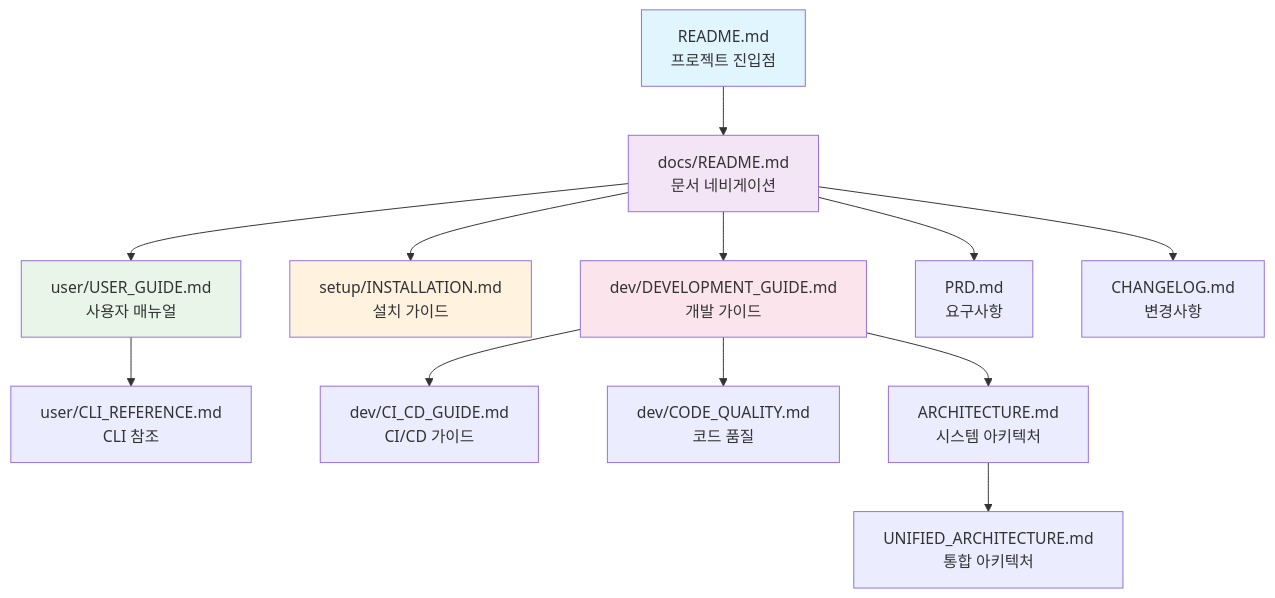
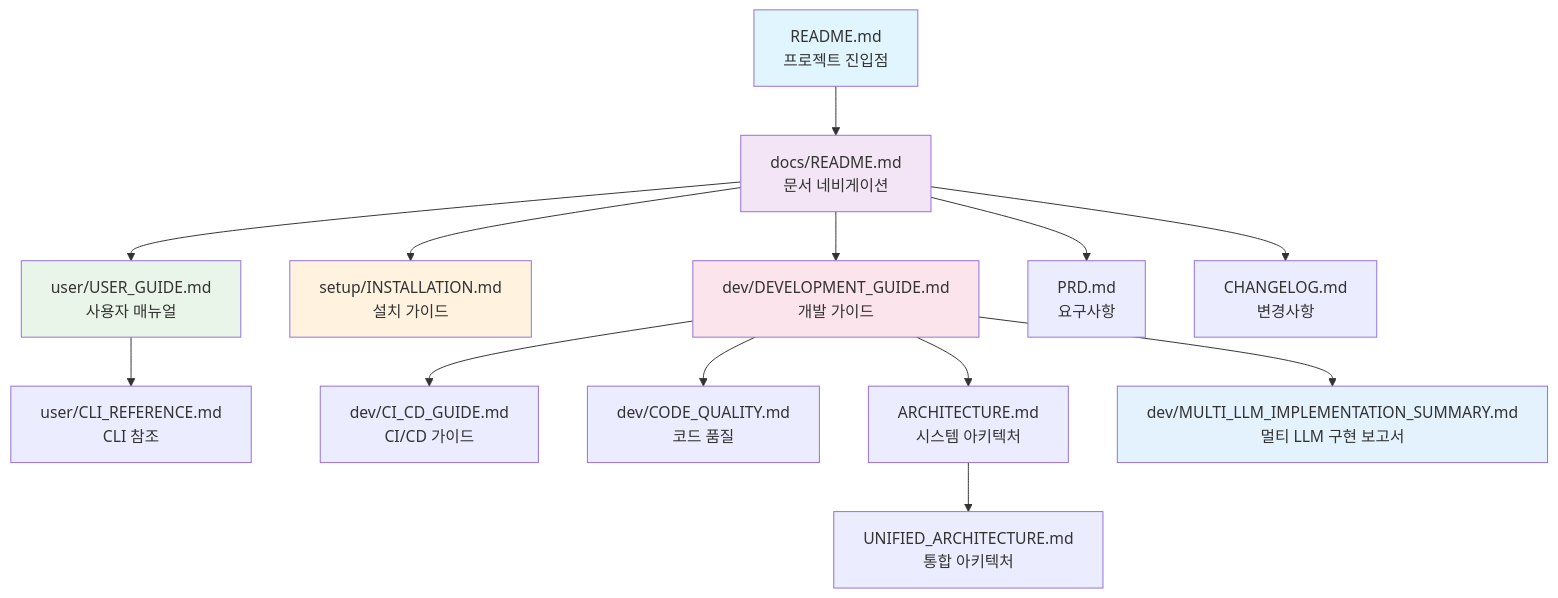
Before and after one commit to hjjung-katech/newsletter-generator: the diagram in docs/README.md, drawn with Mermaid. The commit also changed other lines of this file and 21 other files, not shown here.

First line of the commit message:
feat: implement multi-LLM engine with task-level tuning & auto-fallback

````diff
--- a/docs/README.md
+++ b/docs/README.md
@@ -84,25 +95,27 @@
 ```mermaid
 graph TD
     A[README.md<br/>프로젝트 진입점] --> B[docs/README.md<br/>문서 네비게이션]
     
     B --> C[user/USER_GUIDE.md<br/>사용자 매뉴얼]
     B --> D[setup/INSTALLATION.md<br/>설치 가이드]
     B --> E[dev/DEVELOPMENT_GUIDE.md<br/>개발 가이드]
     
     C --> F[user/CLI_REFERENCE.md<br/>CLI 참조]
     
     E --> G[dev/CI_CD_GUIDE.md<br/>CI/CD 가이드]
     E --> H[dev/CODE_QUALITY.md<br/>코드 품질]
     E --> I[ARCHITECTURE.md<br/>시스템 아키텍처]
+    E --> M[dev/MULTI_LLM_IMPLEMENTATION_SUMMARY.md<br/>멀티 LLM 구현 보고서]
     
     I --> J[UNIFIED_ARCHITECTURE.md<br/>통합 아키텍처]
     
     B --> K[PRD.md<br/>요구사항]
     B --> L[CHANGELOG.md<br/>변경사항]
     
     style A fill:#e1f5fe
     style B fill:#f3e5f5
     style C fill:#e8f5e8
     style D fill:#fff3e0
     style E fill:#fce4ec
+    style M fill:#e3f2fd
 ```
````
